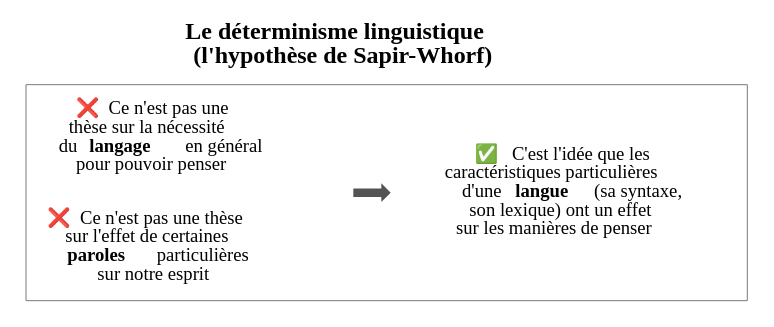
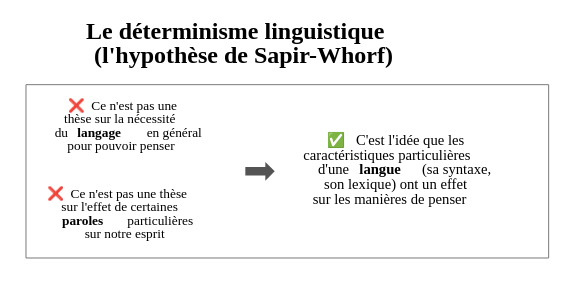
Before and after one commit to eyssette/graphviz-examples: the diagram in evolution/determinisme-linguistique.dot, drawn with Graphviz. The commit also changed 1 other file, not shown here.

```diff
--- a/evolution/determinisme-linguistique.dot
+++ b/evolution/determinisme-linguistique.dot
@@ -1,42 +1,46 @@
 digraph G {
 // Template : evolution
 // Usage : 
 rankdir=LR
 label=<<b>Le déterminisme linguistique <br/>(l'hypothèse de Sapir-Whorf)</b><br/>>
 labelloc=t
 fontsize=18
+ranksep=0.1
 
 subgraph cluster_0{
 label=""
 color=grey44
 penwidth=0.7
-node[shape=rect, style=rounded, color=white]
+
+node[shape=rect, style=rounded, color=white,fontsize=10]
 {
 rank=same    
 //non4[label=""]
 //non3[label=""]
 non2[label=<❌  Ce n'est pas une<br/>
 thèse sur la nécessité<br/>
 du <b>langage  </b>en général<br/>
 pour pouvoir penser>]
 non1[label=<❌  Ce n'est pas une thèse<br/>
 sur l'effet de certaines<br/>
 <b>paroles  </b>particulières<br/>
 sur notre esprit>]
 }->
-fleche
-->
+fleche[style=invis,minlen=1]
+
+fleche->
 {
+node[fontsize=11]
 oui1[label=<✅   C'est l'idée que les<br/>
 caractéristiques particulières<br/>
 d'une<b>langue </b>(sa syntaxe,<br/>
 son lexique) ont un effet<br/>
 sur les manières de penser>]}
-[style=invis]
+[style=invis,minlen=2]
 
 
-fleche[shape=rarrow,label="",color=grey33, height=0.03, width=0.3, fillcolor=grey33, style="filled", penwidth=5]
+fleche[shape=rarrow,label="",color=grey33, height=0.03, width=0.22, fillcolor=grey33, style="filled", penwidth=5]
 
 }
 
 }
```
